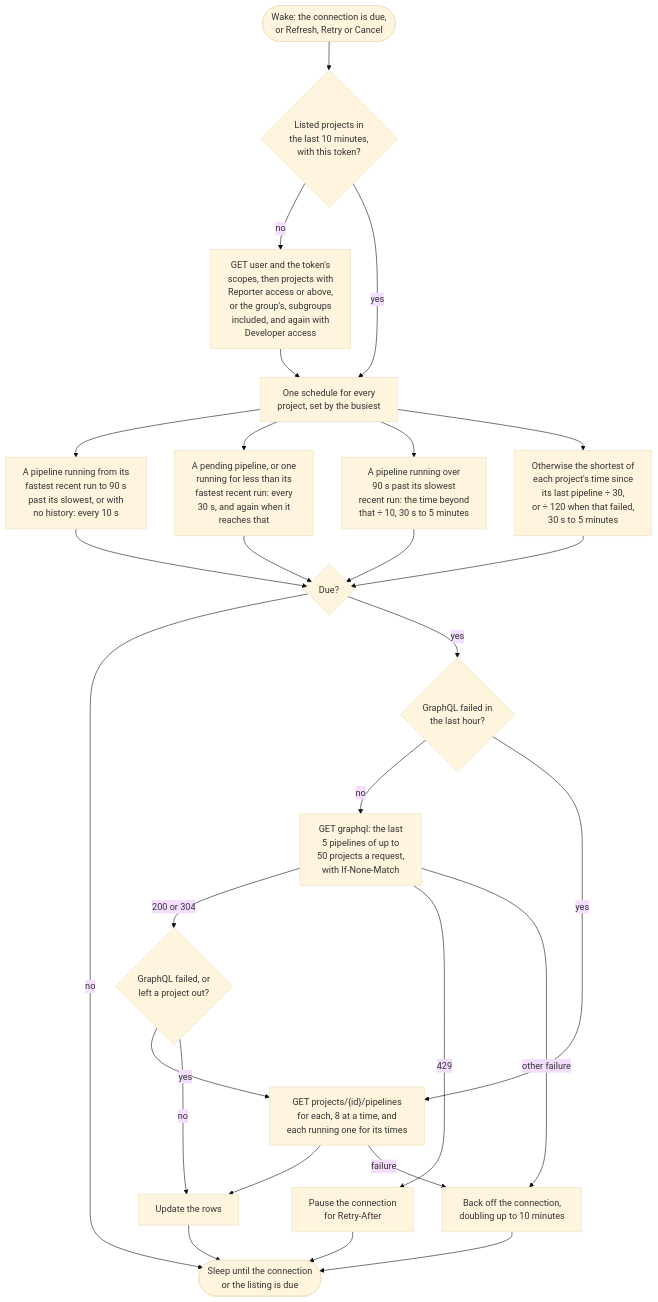
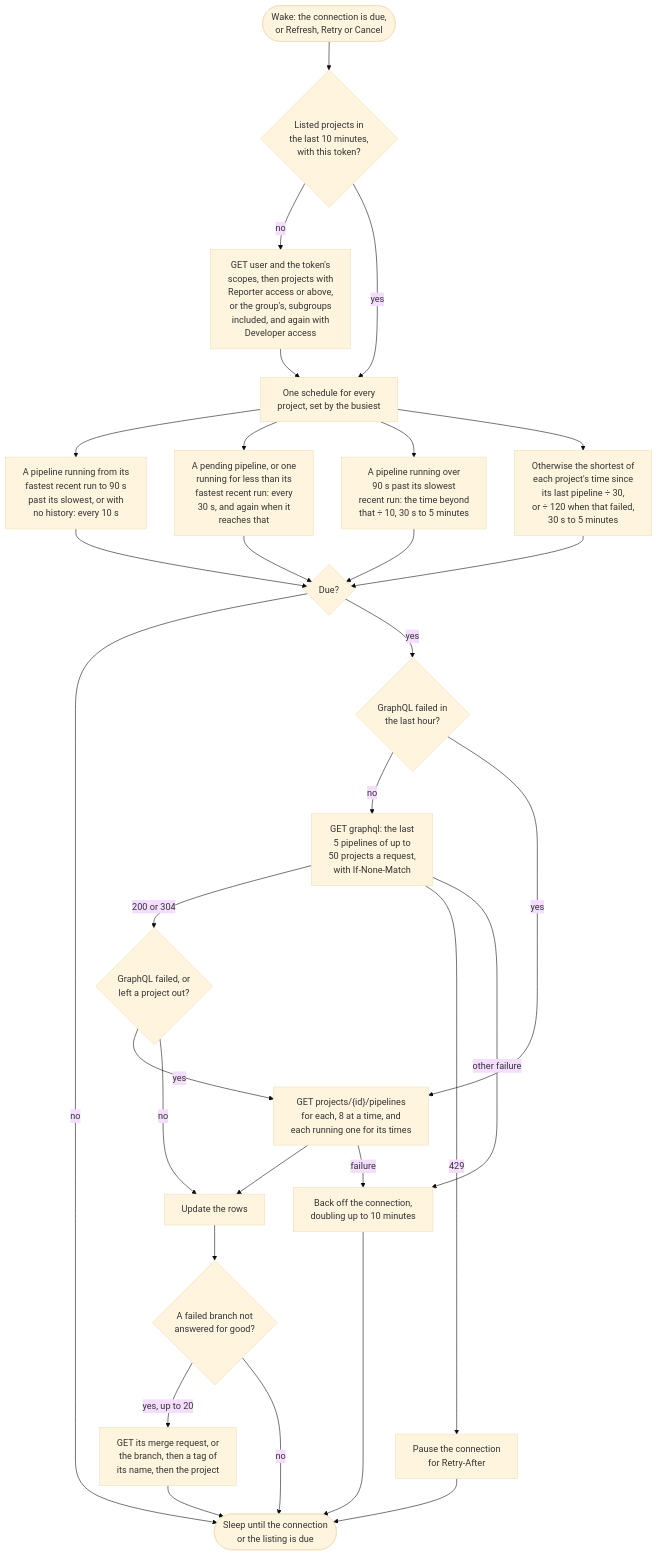
One commit to SimonCropp/BuildMonitor changed the diagram in docs/mdsource/providers/gitlab.source.md. Above: the diagram before and after it, drawn with Mermaid (base theme). The commit also changed other lines of this file and 12 other files, not shown here.

First line of the commit message:
Ask GitLab what became of a failed branch

````diff
--- a/docs/mdsource/providers/gitlab.source.md
+++ b/docs/mdsource/providers/gitlab.source.md
@@ -36,34 +40,37 @@
 ```mermaid
 ---
 config:
   flowchart:
     wrappingWidth: 400
 ---
 flowchart TD
     wake(["Wake: the connection is due,<br/>or Refresh, Retry or Cancel"]) --> listed{"Listed projects in<br/>the last 10 minutes,<br/>with this token?"}
     listed -- "no" --> discover["GET user and the token's<br/>scopes, then projects with<br/>Reporter access or above,<br/>or the group's, subgroups<br/>included, and again with<br/>Developer access"]
     listed -- "yes" --> interval["One schedule for every<br/>project, set by the busiest"]
     discover --> interval
     interval --> finishing["A pipeline running from its<br/>fastest recent run to 90 s<br/>past its slowest, or with<br/>no history: every 10 s"]
     interval --> running["A pending pipeline, or one<br/>running for less than its<br/>fastest recent run: every<br/>30 s, and again when it<br/>reaches that"]
     interval --> overrun["A pipeline running over<br/>90 s past its slowest<br/>recent run: the time beyond<br/>that ÷ 10, 30 s to 5 minutes"]
     interval --> quiet["Otherwise the shortest of<br/>each project's time since<br/>its last pipeline ÷ 30,<br/>or ÷ 120 when that failed,<br/>30 s to 5 minutes"]
     finishing --> due{"Due?"}
     running --> due
     overrun --> due
     quiet --> due
     due -- "no" --> sleep(["Sleep until the connection<br/>or the listing is due"])
     due -- "yes" --> failed{"GraphQL failed in<br/>the last hour?"}
     failed -- "no" --> query["GET graphql: the last<br/>5 pipelines of up to<br/>50 projects a request,<br/>with If-None-Match"]
     failed -- "yes" --> rest
     query -- "200 or 304" --> missing{"GraphQL failed, or<br/>left a project out?"}
     missing -- "yes" --> rest["GET projects/{id}/pipelines<br/>for each, 8 at a time, and<br/>each running one for its times"]
     missing -- "no" --> rows["Update the rows"]
     rest --> rows
     query -- "429" --> pause["Pause the connection<br/>for Retry-After"]
     query -- "other failure" --> backoff["Back off the connection,<br/>doubling up to 10 minutes"]
     rest -- "failure" --> backoff
-    rows --> sleep
+    rows --> branches{"A failed branch not<br/>answered for good?"}
+    branches -- "yes, up to 20" --> ask["GET its merge request, or<br/>the branch, then a tag of<br/>its name, then the project"]
+    branches -- "no" --> sleep
+    ask --> sleep
     pause --> sleep
     backoff --> sleep
 ```
````
